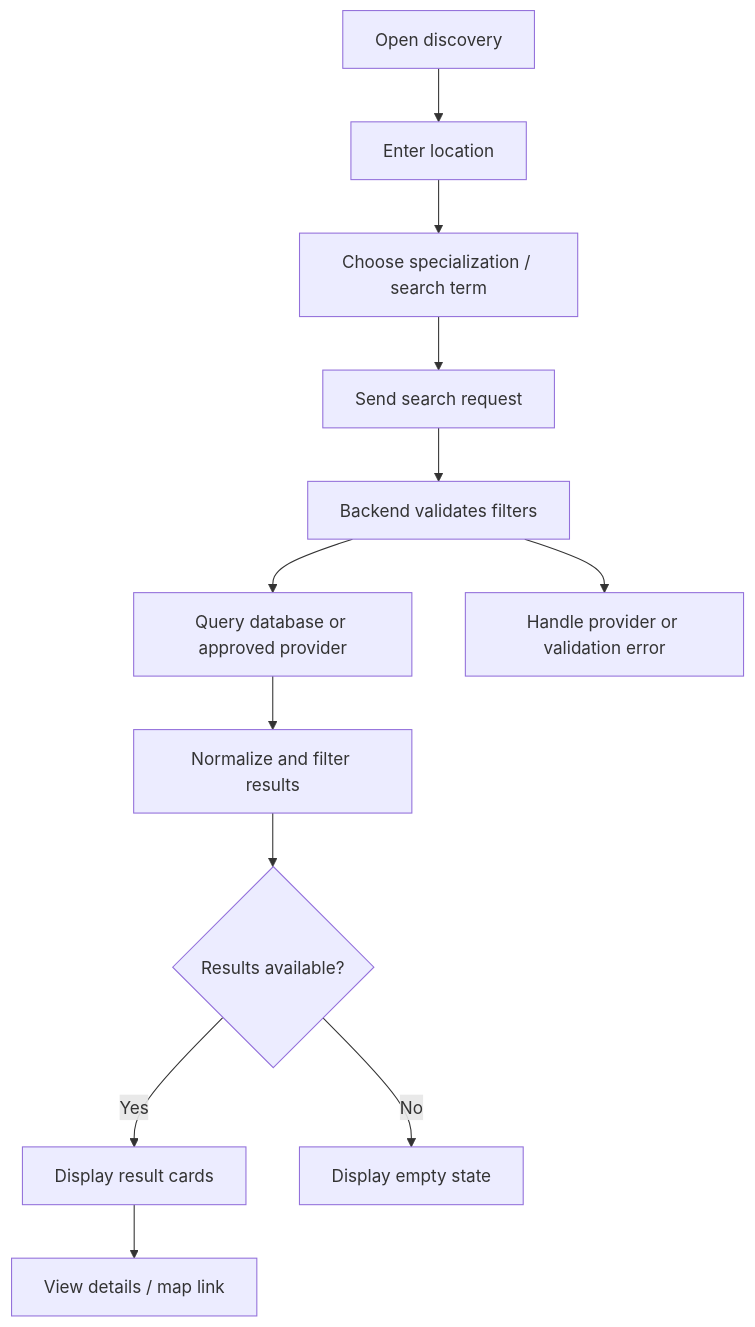
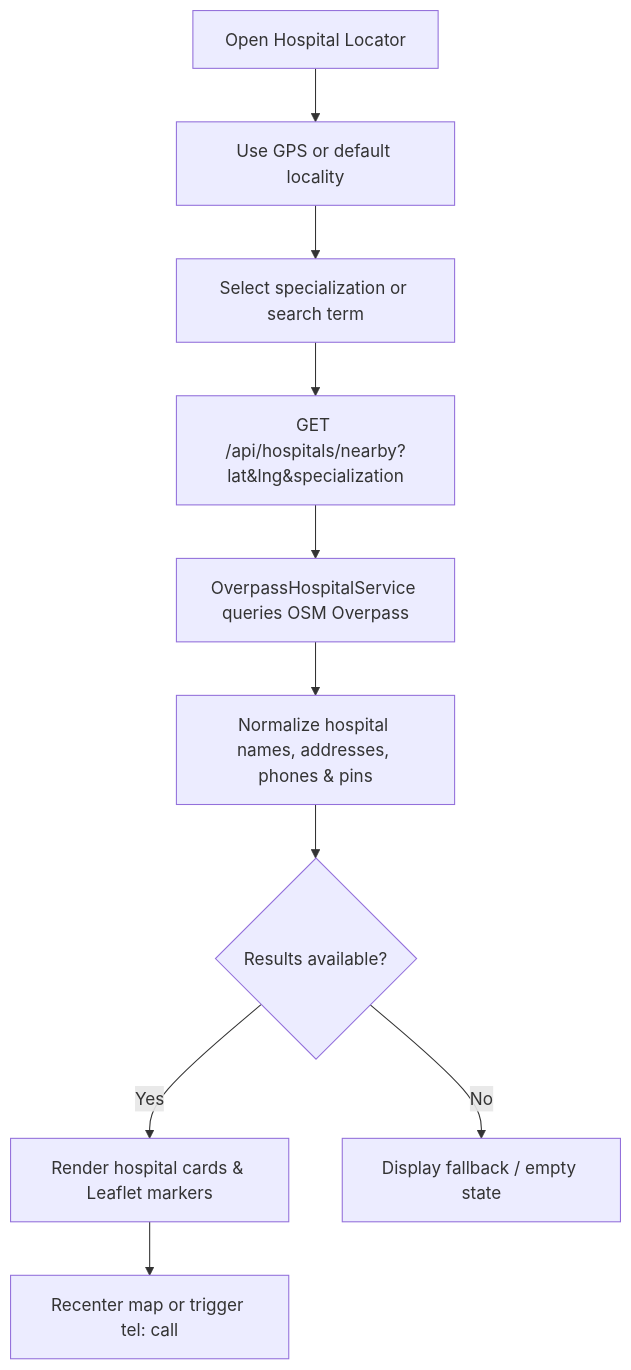
Before and after one commit to rishavscripts/MediConnect: the fifth of 11 diagrams in README.md, drawn with Mermaid. The commit also changed other lines of this file, not shown here.

````diff
--- a/README.md
+++ b/README.md
@@ -314,14 +269,12 @@
-``` mermaid
+```mermaid
 flowchart TD
-    A[Open discovery] --> B[Enter location]
-    B --> C[Choose specialization / search term]
-    C --> D[Send search request]
-    D --> E[Backend validates filters]
-    E --> F[Query database or approved provider]
-    F --> G[Normalize and filter results]
-    G --> H{Results available?}
-    H -- Yes --> I[Display result cards]
-    I --> J[View details / map link]
-    H -- No --> K[Display empty state]
-    E --> L[Handle provider or validation error]
+    A[Open Hospital Locator] --> B[Use GPS or default locality]
+    B --> C[Select specialization or search term]
+    C --> D[GET /api/hospitals/nearby?lat&lng&specialization]
+    D --> E[OverpassHospitalService queries OSM Overpass]
+    E --> F[Normalize hospital names, addresses, phones & pins]
+    F --> G{Results available?}
+    G -- Yes --> H[Render hospital cards & Leaflet markers]
+    H --> I[Recenter map or trigger tel: call]
+    G -- No --> J[Display fallback / empty state]
 ```
````
